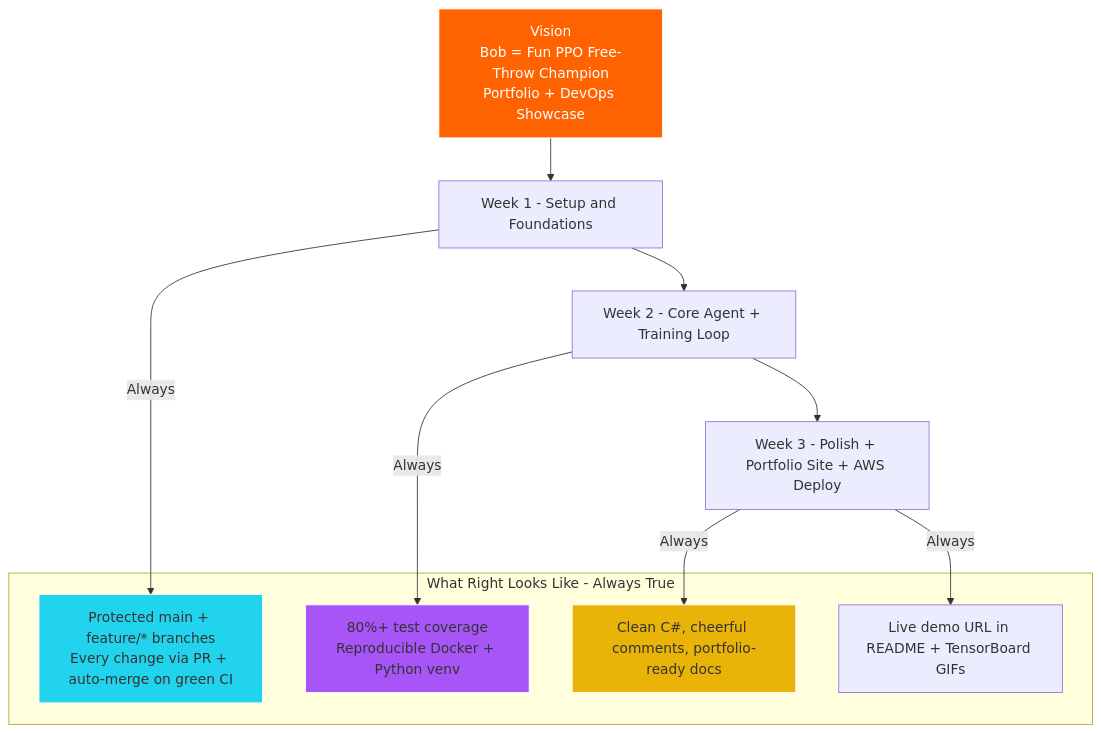
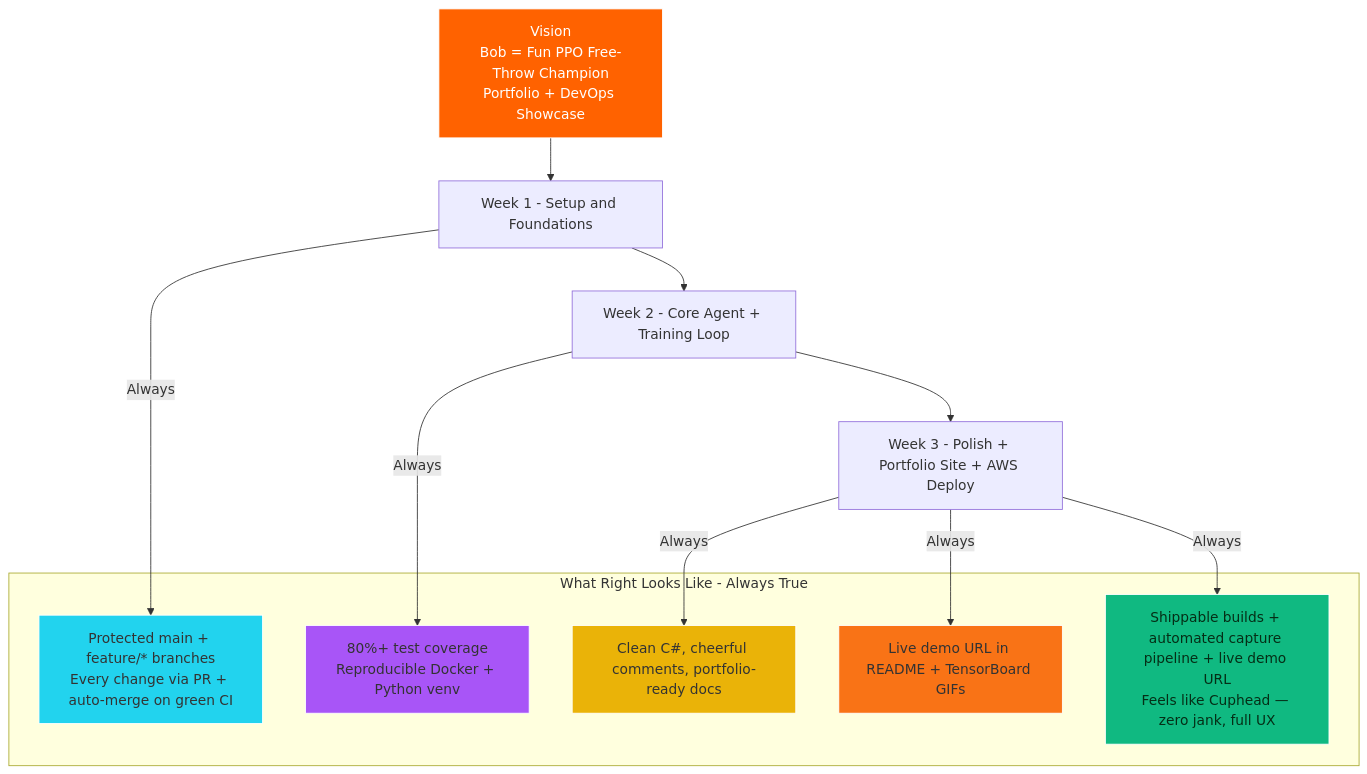
Before and after one commit to Bigessfour/Bob: the first of 2 diagrams in docs/what-right-looks-like.md, drawn with Mermaid. The commit also changed other lines of this file and 24 other files, not shown here.

````diff
--- a/docs/what-right-looks-like.md
+++ b/docs/what-right-looks-like.md
@@ -24,24 +24,28 @@
 ```mermaid
 flowchart TD
     A["Vision<br/>Bob = Fun PPO Free-Throw Champion<br/>Portfolio + DevOps Showcase"]
     --> B["Week 1 - Setup and Foundations"]
     B --> C["Week 2 - Core Agent + Training Loop"]
     C --> D["Week 3 - Polish + Portfolio Site + AWS Deploy"]
 
     subgraph WRLL["What Right Looks Like - Always True"]
         E["Protected main + feature/* branches<br/>Every change via PR + auto-merge on green CI"]
         F["80%+ test coverage<br/>Reproducible Docker + Python venv"]
         G["Clean C#, cheerful comments, portfolio-ready docs"]
         H["Live demo URL in README + TensorBoard GIFs"]
+        I["Shippable builds + automated capture pipeline + live demo URL<br/>Feels like Cuphead — zero jank, full UX"]
     end
 
     B -->|Always| E
     C -->|Always| F
     D -->|Always| G
     D -->|Always| H
+    D -->|Always| I
 
     style A fill:#FF6200,stroke:#fff,color:#fff
     style E fill:#22d3ee,stroke:#fff
     style F fill:#a855f7,stroke:#fff
     style G fill:#eab308,stroke:#fff
+    style H fill:#f97316,stroke:#fff
+    style I fill:#10b981,stroke:#fff,color:#052e16
 ```
````
